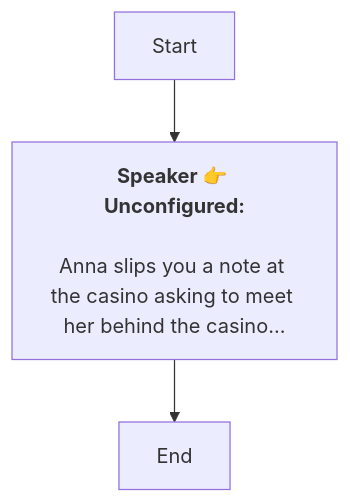
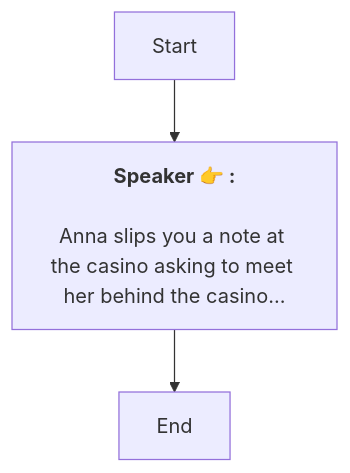
One commit to SoftHu/tos_avg changed the diagram in En/QuestStartTalkENode_1766692507847625.md. Above: the diagram before and after it, drawn with Mermaid. The commit also changed 737 other files, not shown here.

````diff
--- a/En/QuestStartTalkENode_1766692507847625.md
+++ b/En/QuestStartTalkENode_1766692507847625.md
@@ -1,8 +1,7 @@
 ```mermaid
 graph
-Start -->1766692545158091[<b>Speaker 👉 Unconfigured:</b>
-
-Anna slips you a note at the casino asking to meet her behind the casino... ]
+Start -->1766692545158091[<b>Speaker 👉 :</b>
+\nAnna slips you a note at the casino asking to meet her behind the casino... ]
 1766692545158091 -->1766692812234703[End]
 
- ```
+```
````
